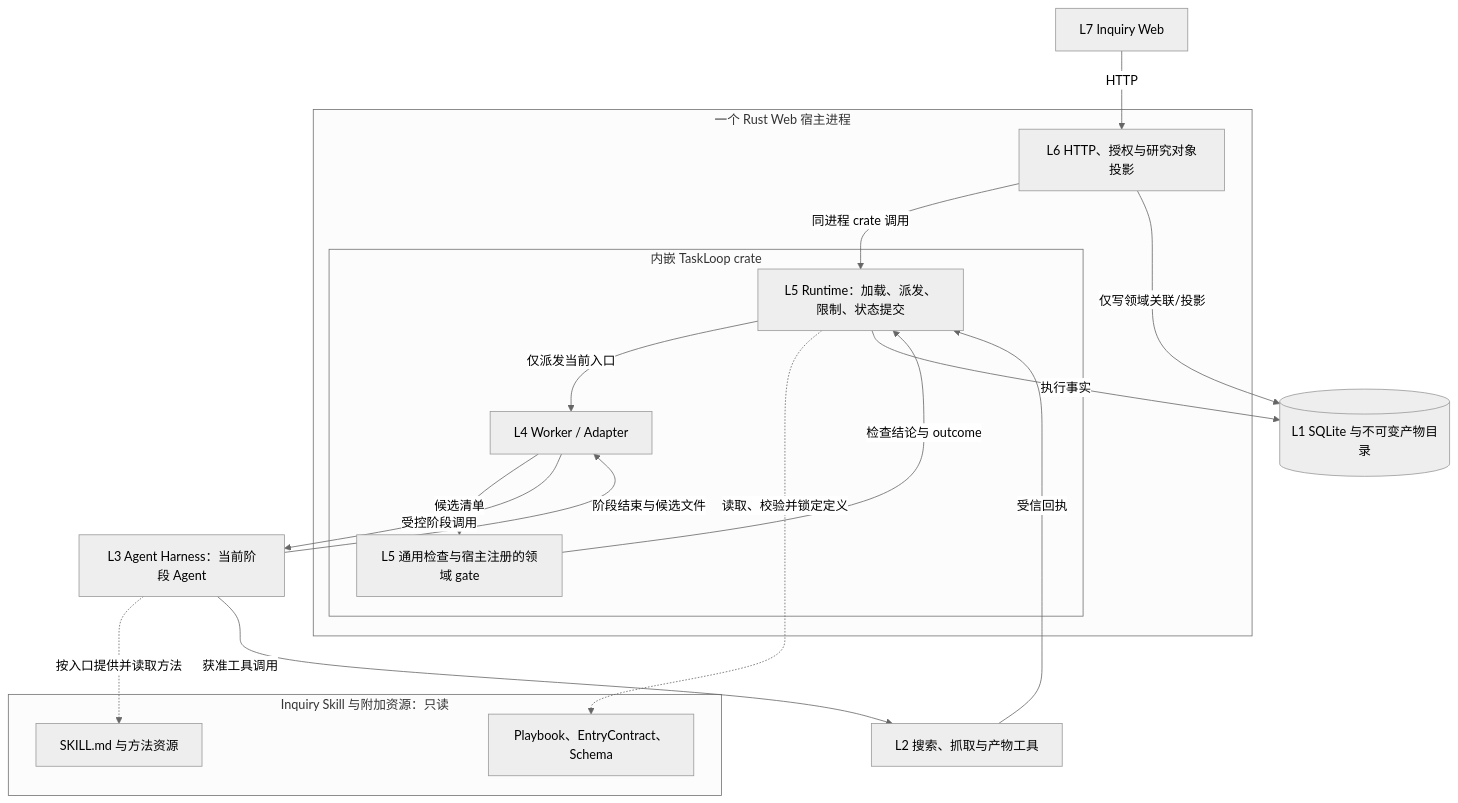
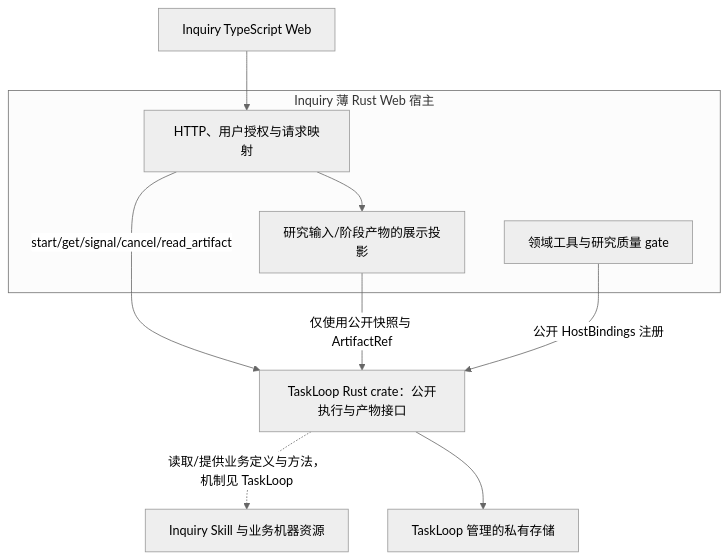
The second of 3 diagrams in docs/design/1-minimal-research-loop.md (xforce-io/inquiry), drawn with Mermaid (neutral theme) before and after one commit. The commit also changed other lines of this file and 27 other files, not shown here.

````diff
--- a/docs/design/1-minimal-research-loop.md
+++ b/docs/design/1-minimal-research-loop.md
@@ -191,32 +112,19 @@
 ```mermaid
 flowchart TB
-  WEB["L7 Inquiry Web"]
-  subgraph HOST["一个 Rust Web 宿主进程"]
-    API["L6 HTTP、授权与研究对象投影"]
-    subgraph TL["内嵌 TaskLoop crate"]
-      RT["L5 Runtime：加载、派发、限制、状态提交"]
-      WK["L4 Worker / Adapter"]
-      CK["L5 通用检查与宿主注册的领域 gate"]
-      RT -->|"仅派发当前入口"| WK
-      WK -->|"候选清单"| CK
-      CK -->|"检查结论与 outcome"| RT
-    end
-    API -->|"同进程 crate 调用"| RT
+  WEB["Inquiry TypeScript Web"]
+  subgraph APP["Inquiry 薄 Rust Web 宿主"]
+    API["HTTP、用户授权与请求映射"]
+    VIEW["研究输入/阶段产物的展示投影"]
+    DOMAIN["领域工具与研究质量 gate"]
   end
-  subgraph PKG["Inquiry Skill 与附加资源：只读"]
-    METHOD["SKILL.md 与方法资源"]
-    DEF["Playbook、EntryContract、Schema"]
-  end
-  H["L3 Agent Harness：当前阶段 Agent"]
-  TOOL["L2 搜索、抓取与产物工具"]
-  DB[("L1 SQLite 与不可变产物目录")]
-  WEB -->|"HTTP"| API
-  RT -.->|"读取、校验并锁定定义"| DEF
-  H -.->|"按入口提供并读取方法"| METHOD
-  WK -->|"受控阶段调用"| H
-  H -->|"阶段结束与候选文件"| WK
-  H -->|"获准工具调用"| TOOL
-  TOOL -->|"受信回执"| RT
-  RT -->|"执行事实"| DB
-  API -->|"仅写领域关联/投影"| DB
+  TL["TaskLoop Rust crate：公开执行与产物接口"]
+  PKG["Inquiry Skill 与业务机器资源"]
+  STORE["TaskLoop 管理的私有存储"]
+  WEB --> API
+  API --> VIEW
+  API -->|"start/get/signal/cancel/read_artifact"| TL
+  VIEW -->|"仅使用公开快照与 ArtifactRef"| TL
+  DOMAIN -->|"公开 HostBindings 注册"| TL
+  TL -.->|"读取/提供业务定义与方法，机制见 TaskLoop"| PKG
+  TL --> STORE
 ```
````
